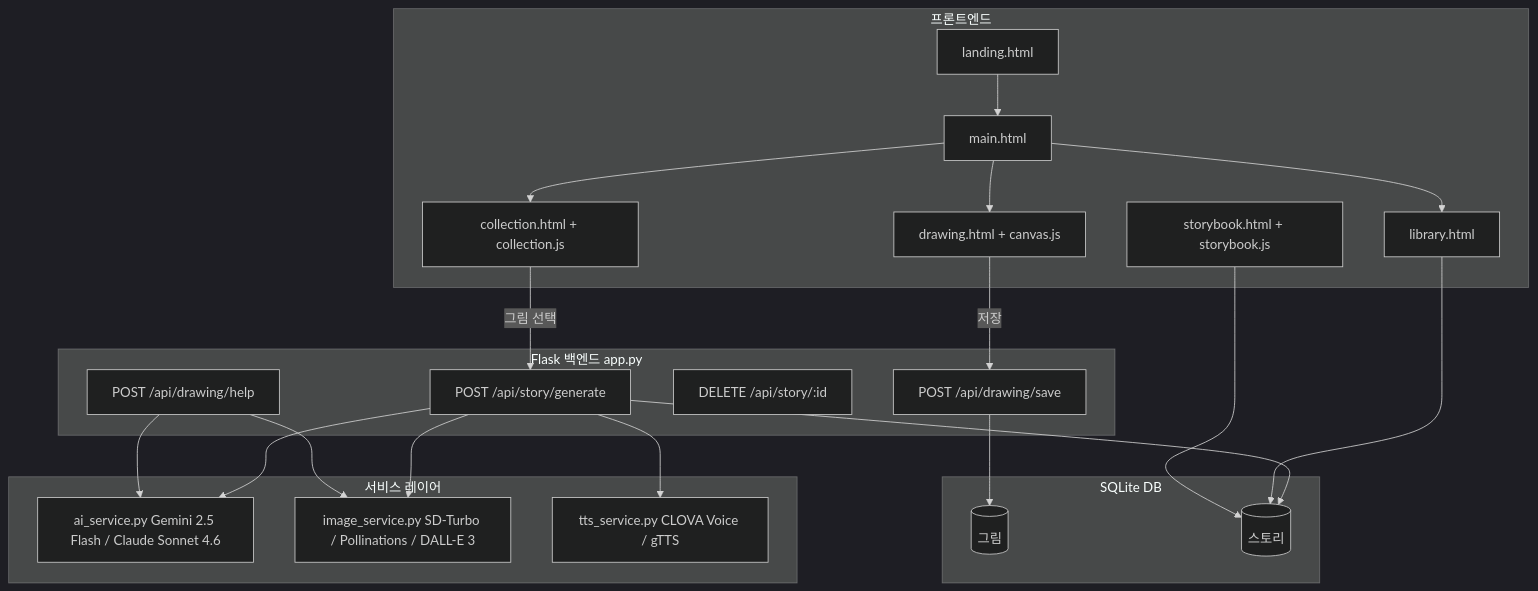
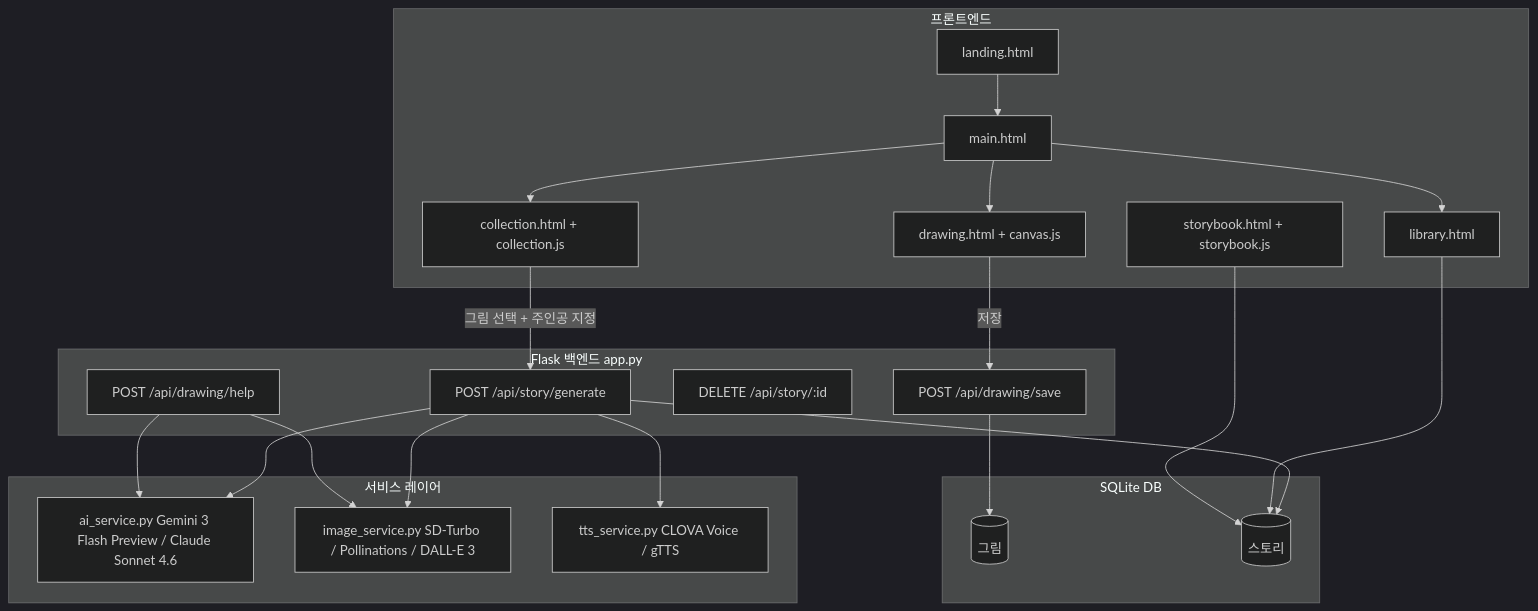
One commit to first-mini-project/mini-project changed the first of 3 diagrams in README.md. Above: the diagram before and after it, drawn with Mermaid (dark theme). The commit also changed other lines of this file and 3 other files, not shown here.

````diff
--- a/README.md
+++ b/README.md
@@ -106,35 +112,35 @@
 ```mermaid
 flowchart TD
     subgraph FE[프론트엔드]
         landing[landing.html]
         main[main.html]
         draw[drawing.html + canvas.js]
         collection[collection.html + collection.js]
         library[library.html]
         storybook[storybook.html + storybook.js]
     end
     subgraph BE[Flask 백엔드 app.py]
         api1[POST /api/drawing/save]
         api2[POST /api/story/generate]
         api3[DELETE /api/story/:id]
         api4[POST /api/drawing/help]
     end
     subgraph SVC[서비스 레이어]
-        ai[ai_service.py Gemini 2.5 Flash / Claude Sonnet 4.6]
+        ai[ai_service.py Gemini 3 Flash Preview / Claude Sonnet 4.6]
         img[image_service.py SD-Turbo / Pollinations / DALL-E 3]
         tts[tts_service.py CLOVA Voice / gTTS]
     end
     subgraph DB[SQLite DB]
         d[(그림)]
         s[(스토리)]
     end
     landing --> main
     main --> draw & collection & library
     draw -->|저장| api1 --> d
-    collection -->|그림 선택| api2
+    collection -->|그림 선택 + 주인공 지정| api2
     api2 --> ai & img & tts
     api2 --> s
     library --> s
     storybook --> s
     api4 --> ai & img
 ```
````
